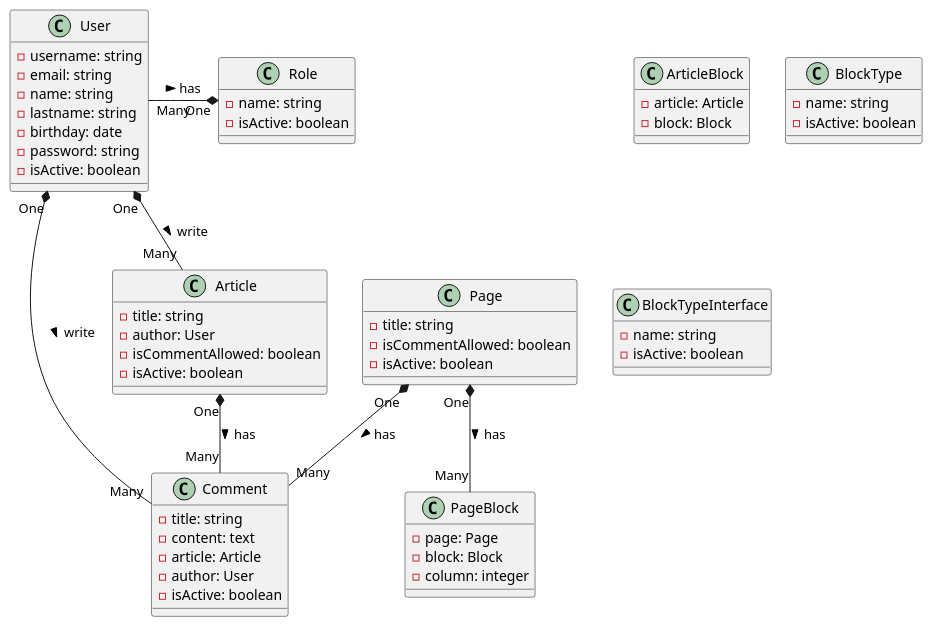
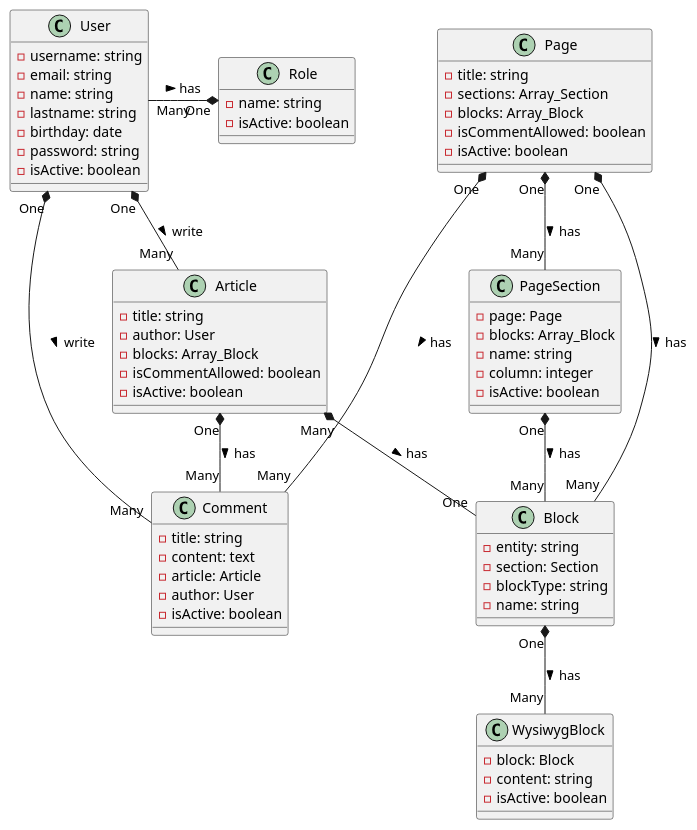
Before and after one commit to RomPiot/clean-architecture-symfony: the diagram in class-diagram.puml, drawn with PlantUML. The commit also changed 2 other files, not shown here.

```diff
--- a/class-diagram.puml
+++ b/class-diagram.puml
@@ -4,73 +4,78 @@
 @startuml class-diagram
 
 ' Entities
 
-class Page {
+class Article {
     - title: string
+    - author: User
+    - blocks: Array_Block
     - isCommentAllowed: boolean
     - isActive: boolean
 }
 
-class Article {
+class Page {
     - title: string
-    - author: User
+    - sections: Array_Section
+    - blocks: Array_Block
     - isCommentAllowed: boolean
     - isActive: boolean
 }
 
-class PageBlock {
+class PageSection {
     - page: Page
-    - block: Block
+    - blocks: Array_Block
+    - name: string
     - column: integer
-}
-
-class ArticleBlock {
-    - article: Article
-    - block: Block
-}
-
-class BlockType {
-    - name: string
     - isActive: boolean
 }
 
-class BlockTypeInterface {
+class Block {
+    - entity: string
+    - section: Section
+    - blockType: string
     - name: string
+}
+
+class WysiwygBlock {
+    - block: Block
+    - content: string
     - isActive: boolean
 }
 
 class Comment {
     - title: string
     - content: text
     - article: Article
     - author: User
     - isActive: boolean
 }
 
 class User {
     - username: string
     - email: string
     - name: string
     - lastname: string
     - birthday: date
     - password: string
     - isActive: boolean
 }
 
 class Role {
     - name: string
     - isActive: boolean
 }
 
 ' Relations
 Article "One" *-- "Many" Comment : has >
 Page "One" *-- "Many" Comment : has >
 User "One" *-- "Many" Article : write >
 User "One" *- "Many" Comment : write >
 User "Many" -* "One" Role : has >
-Page "One" *-- "Many" PageBlock : has >
-' Article "One" *-- "Many" Block : has >
-' Block "One" -- "One" BlockType
+Article "Many" *-- "One" Block : has >
+Page "One" *-- "Many" PageSection: has >
+Page "One" *-- "Many" Block : has >
+PageSection "One" *-- "Many" Block: has >
+Block "One" *-- "Many" WysiwygBlock: has >
 
 
 @enduml
```
